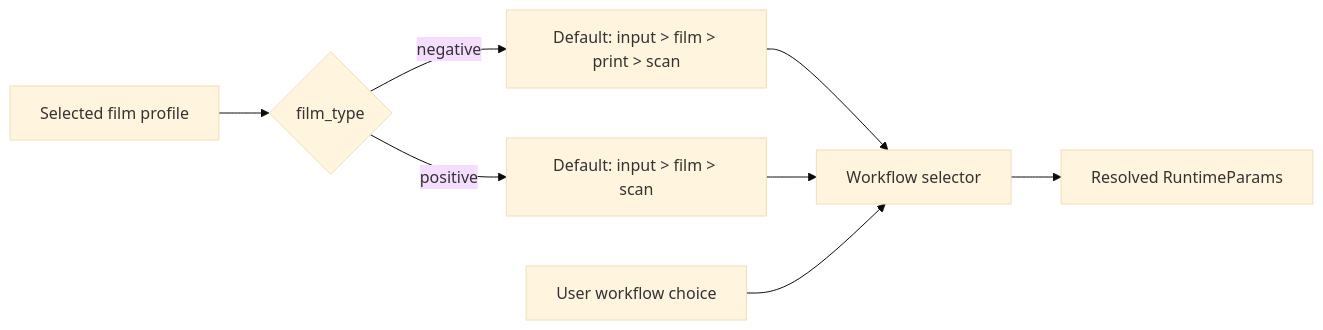
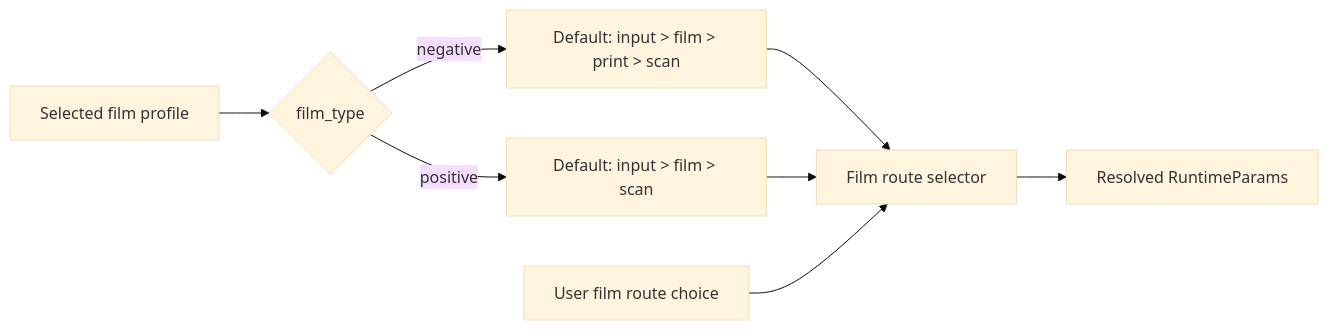
The first of 2 diagrams in specs/presets/spec.md (suraciii/spektrafilm-rs), drawn with Mermaid (base theme) before and after one commit. The commit also changed other lines of this file and 107 other files, not shown here.

````diff
--- a/specs/presets/spec.md
+++ b/specs/presets/spec.md
@@ -216,10 +251,10 @@
 ```mermaid
 flowchart LR
     F["Selected film profile"] --> T{"film_type"}
     T -->|"negative"| N["Default: input > film > print > scan"]
     T -->|"positive"| P["Default: input > film > scan"]
-    N --> W["Workflow selector"]
+    N --> W["Film route selector"]
     P --> W
-    U["User workflow choice"] --> W
+    U["User film route choice"] --> W
     W --> R["Resolved RuntimeParams"]
 ```
````
